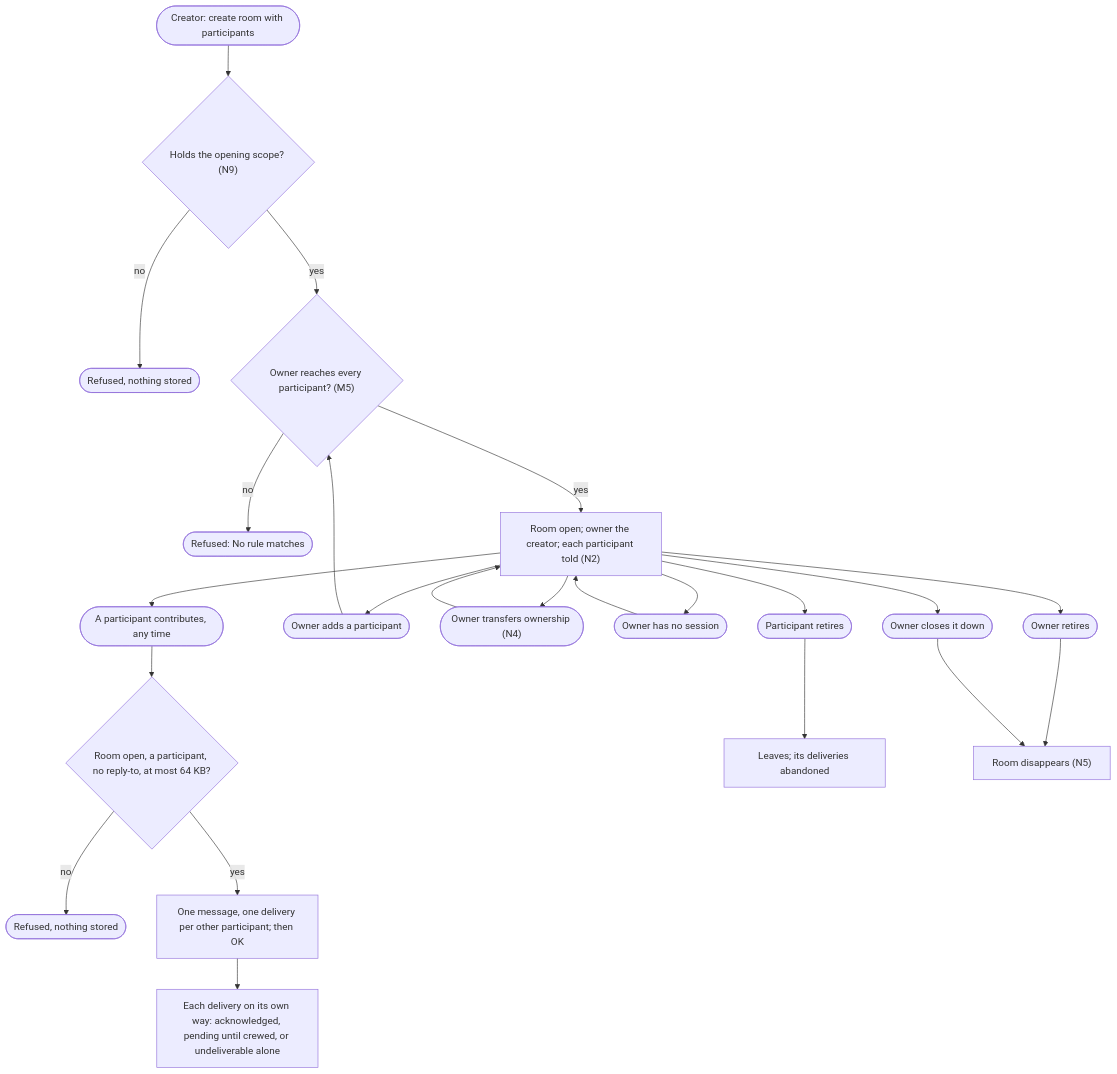
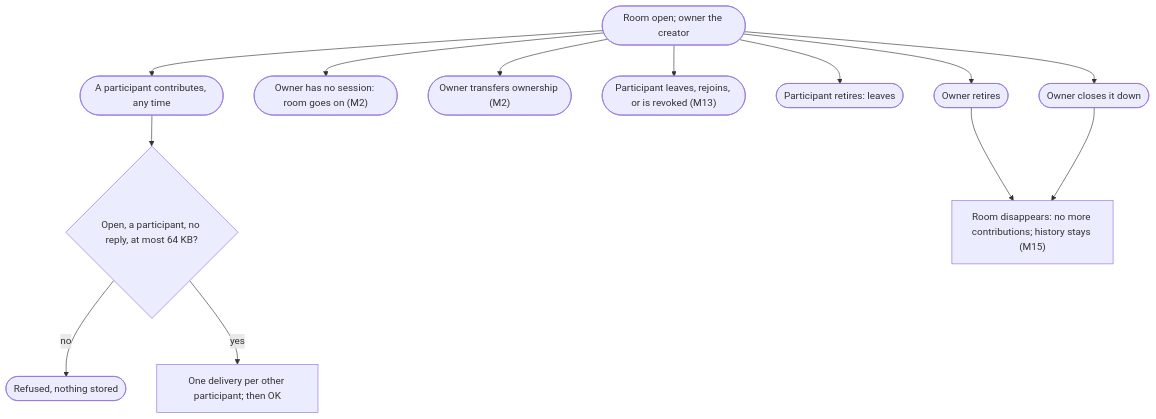
Before and after one commit to ThomasHendrickx/aeolus-fleet: the fifth of 5 diagrams in docs/design/meetings/meetings.md, drawn with Mermaid. The commit also changed other lines of this file, not shown here.

First line of the commit message:
Design: meetings, round 2 answers, flows split for the phone, slices for 0.31.0

````diff
--- a/docs/design/meetings/meetings.md
+++ b/docs/design/meetings/meetings.md
@@ -133,19 +152,13 @@
 ```mermaid
 flowchart TD
-  create(["Creator: create room with participants"]) --> scope{"Holds the opening scope? (N9)"}
-  scope -->|no| r1([Refused, nothing stored])
-  scope -->|yes| reach{"Owner reaches every participant? (M5)"}
-  reach -->|no| r2(["Refused: No rule matches"])
-  reach -->|yes| open["Room open; owner the creator; each participant told (N2)"]
-  open --> send(["A participant contributes, any time"])
-  send --> chk{"Room open, a participant, no reply-to, at most 64 KB?"}
-  chk -->|no| r3([Refused, nothing stored])
-  chk -->|yes| fan["One message, one delivery per other participant; then OK"]
-  fan --> way["Each delivery on its own way: acknowledged, pending until crewed, or undeliverable alone"]
-  open --> add(["Owner adds a participant"]) --> reach
-  open --> transfer(["Owner transfers ownership (N4)"]) --> open
-  open --> nosession(["Owner has no session"]) --> open
-  open --> retp(["Participant retires"]) --> leave[Leaves; its deliveries abandoned]
-  open --> reto(["Owner retires"]) --> gone["Room disappears (N5)"]
+  open(["Room open; owner the creator"]) --> send(["A participant contributes, any time"])
+  send --> chk{"Open, a participant, no reply, at most 64 KB?"}
+  chk -->|no| r1([Refused, nothing stored])
+  chk -->|yes| fan["One delivery per other participant; then OK"]
+  open --> nosession(["Owner has no session: room goes on (M2)"])
+  open --> transfer(["Owner transfers ownership (M2)"])
+  open --> leave(["Participant leaves, rejoins, or is revoked (M13)"])
+  open --> retp(["Participant retires: leaves"])
+  open --> reto(["Owner retires"]) --> gone["Room disappears: no more contributions; history stays (M15)"]
   open --> close(["Owner closes it down"]) --> gone
 ```
````
